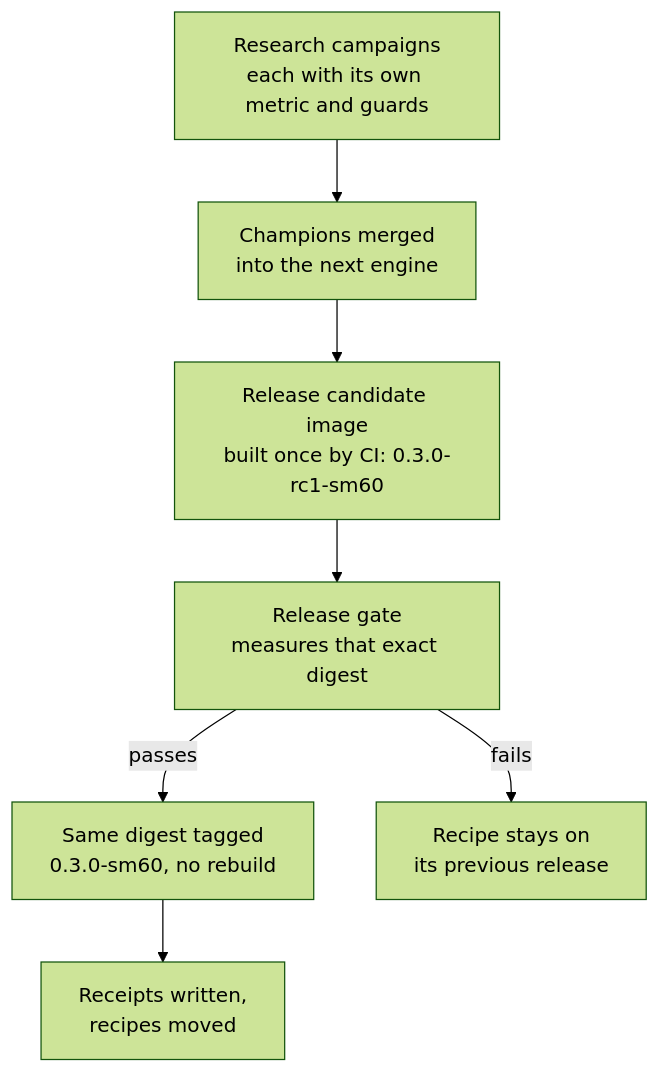
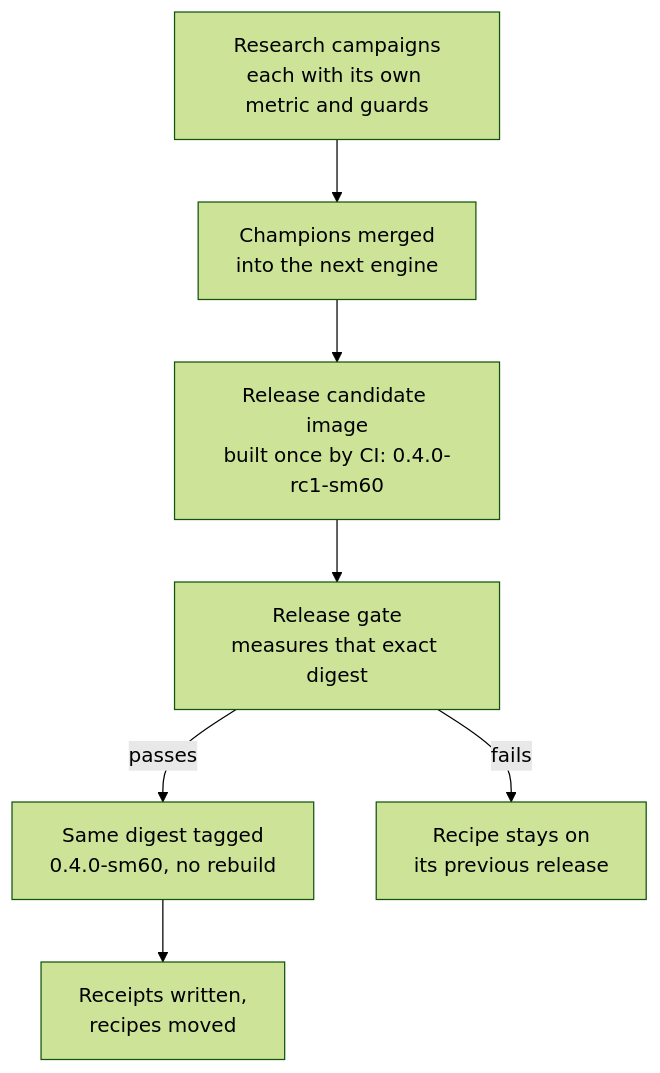
One commit to iammrduncan/tensorless changed the diagram in site/src/content/docs/docs/explanation/releases-and-receipts.md. Above: the diagram before and after it, drawn with Mermaid (forest theme). The commit also changed other lines of this file and 41 other files, not shown here.

````diff
--- a/site/src/content/docs/docs/explanation/releases-and-receipts.md
+++ b/site/src/content/docs/docs/explanation/releases-and-receipts.md
@@ -27,9 +27,9 @@
 ```mermaid
 flowchart TD
     A["Research campaigns<br/>each with its own metric and guards"] --> B["Champions merged<br/>into the next engine"]
-    B --> C["Release candidate image<br/>built once by CI: 0.3.0-rc1-sm60"]
+    B --> C["Release candidate image<br/>built once by CI: 0.4.0-rc1-sm60"]
     C --> D["Release gate<br/>measures that exact digest"]
-    D -- passes --> E["Same digest tagged<br/>0.3.0-sm60, no rebuild"]
+    D -- passes --> E["Same digest tagged<br/>0.4.0-sm60, no rebuild"]
     E --> F["Receipts written,<br/>recipes moved"]
     D -- fails --> G["Recipe stays on<br/>its previous release"]
 ```
````
